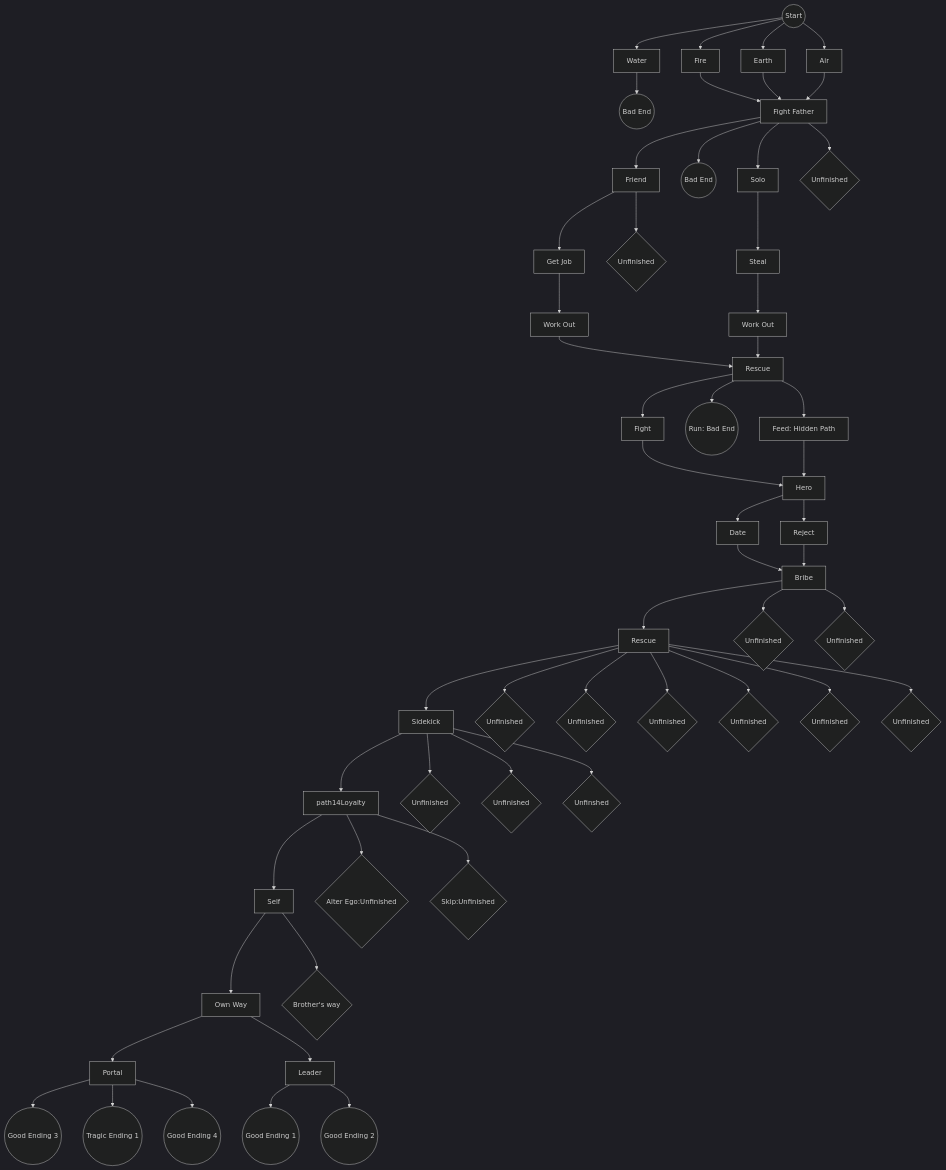
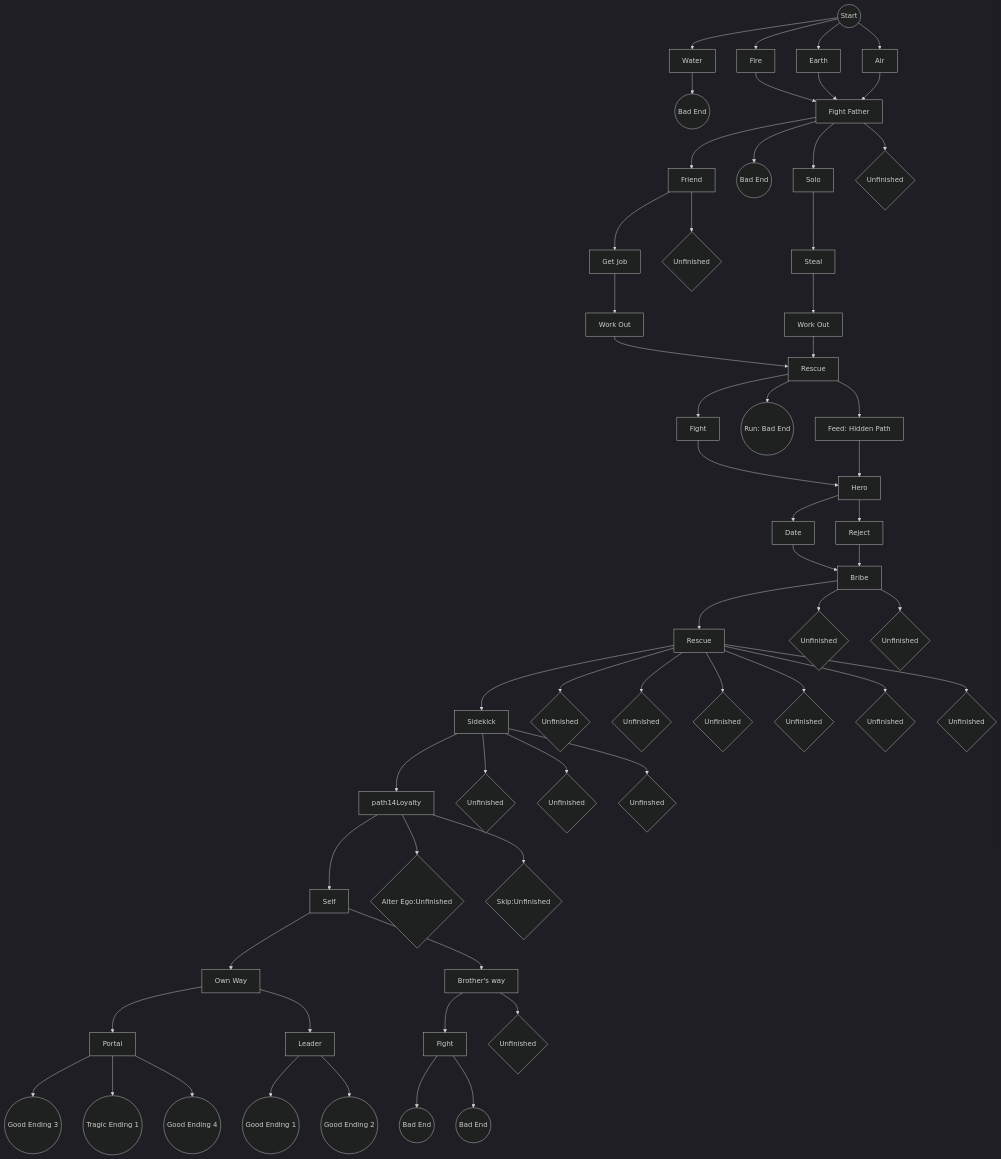
The diagram in StoryFlowChart.md (Tsuru4/TypeScriptAdventure), drawn with Mermaid (dark theme) before and after one commit. The commit also changed 2 other files, not shown here.

Commit message:
Added two more endings to Premade story.

````diff
--- a/StoryFlowChart.md
+++ b/StoryFlowChart.md
@@ -2,71 +2,75 @@
 ```mermaid
 flowchart
     path1((Start))
     
     path1 --> path2Water[Water] --> badpath((Bad End))
     path1 --> path2Fire[Fire] --> path3Fight
     path1 --> path2Earth[Earth] --> path3Fight
     path1 --> path2Air[Air] --> path3Fight
     
     path3Fight[Fight Father]
 
     path3Fight --> path4Friend[Friend]
     path3Fight --> path4Brother((Bad End))
     path3Fight --> path4Solo[Solo] --> path5StealSolo[Steal] --> path6TrainDesert[Work Out]
     path3Fight --> path4Home{Unfinished}
 
     path4Friend --> path5Job[Get Job]
     path4Friend --> path5StealFriend{Unfinished}
 
     path5Job --> path6TrainOcean[Work Out]
 
     path6TrainOcean --> path7Rescue[Rescue]
     path6TrainDesert --> path7Rescue
 
     path7Rescue --> path8Fight[Fight]
     path7Rescue --> path8Run((Run: Bad End))
     path7Rescue --> path8Feed[Feed: Hidden Path]
 
     path8Fight --> path9Hero[Hero]
     path8Feed --> path9Hero
 
     path9Hero --> path10Date[Date]
     path9Hero --> path10Reject[Reject]
 
     path10Reject --> path11Bribe
     path10Date --> path11Bribe[Bribe]
 
     path11Bribe --> path12Rescue[Rescue]
     path11Bribe --> path12Arrest{Unfinished}
     path11Bribe --> path12Silence{Unfinished}
 
     path12Rescue[Rescue] --> path13Sidekick[Sidekick]
     path12Rescue --> path13Reject{Unfinished}
     path12Rescue --> path13TreatVillain{Unfinished}
     path12Rescue --> path13TreatHero{Unfinished}
     path12Rescue --> path13TreatAnti{Unfinished}
     path12Rescue --> path13TreatScientist{Unfinished}
     path12Rescue --> path13TreatGirl{Unfinished}
 
 
     path13Sidekick --> path14Loyalty
     path13Sidekick --> path14Girl3{Unfinished}
     path13Sidekick --> path14Girl4{Unfinished}
     path13Sidekick --> path14All{Unfinshed}
 
     path14Loyalty --> path15Self[Self]
     path14Loyalty --> path15Hero{Alter Ego:Unfinished}
     path14Loyalty --> path15Skip{Skip:Unfinished}
 
     path15Self --> path16Hero[Own Way]
-    path15Self --> path16Cooperate{Brother's way}
+    path15Self --> path16Villain[Brother's way]
 
+    path16Villain --> path17FightGirl[Fight]
+    path16Villain --> path17Apologize{Unfinished}
     path16Hero --> path17Portal[Portal]
     path16Hero --> path17Leader[Leader]
 
     path17Portal --> path18Reopen((Good Ending 3))
     path17Portal --> path18Run((Tragic Ending 1))
     path17Portal --> path18Close((Good Ending 4))
     path17Leader --> path18Victory((Good Ending 1))
     path17Leader --> path18Mercy((Good Ending 2))
+    path17FightGirl --> path18Doom((Bad End))
+    path17FightGirl --> path18Stripped((Bad End))
 ```
````
